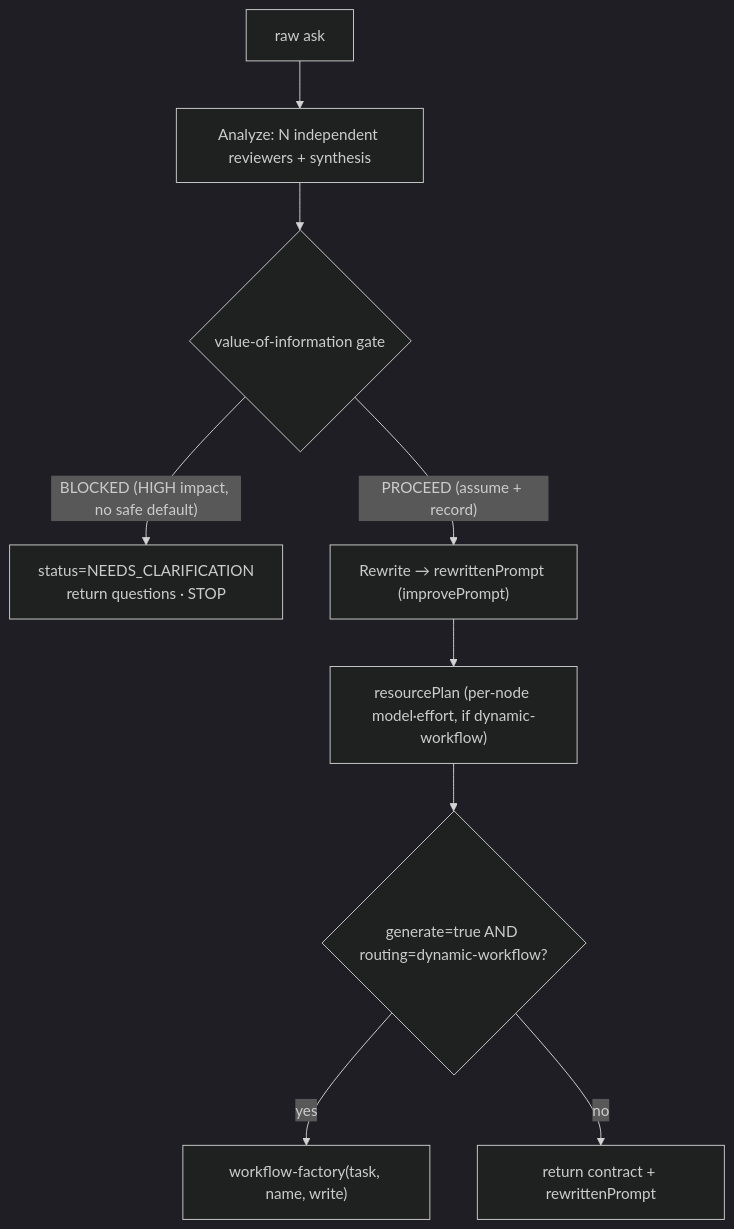
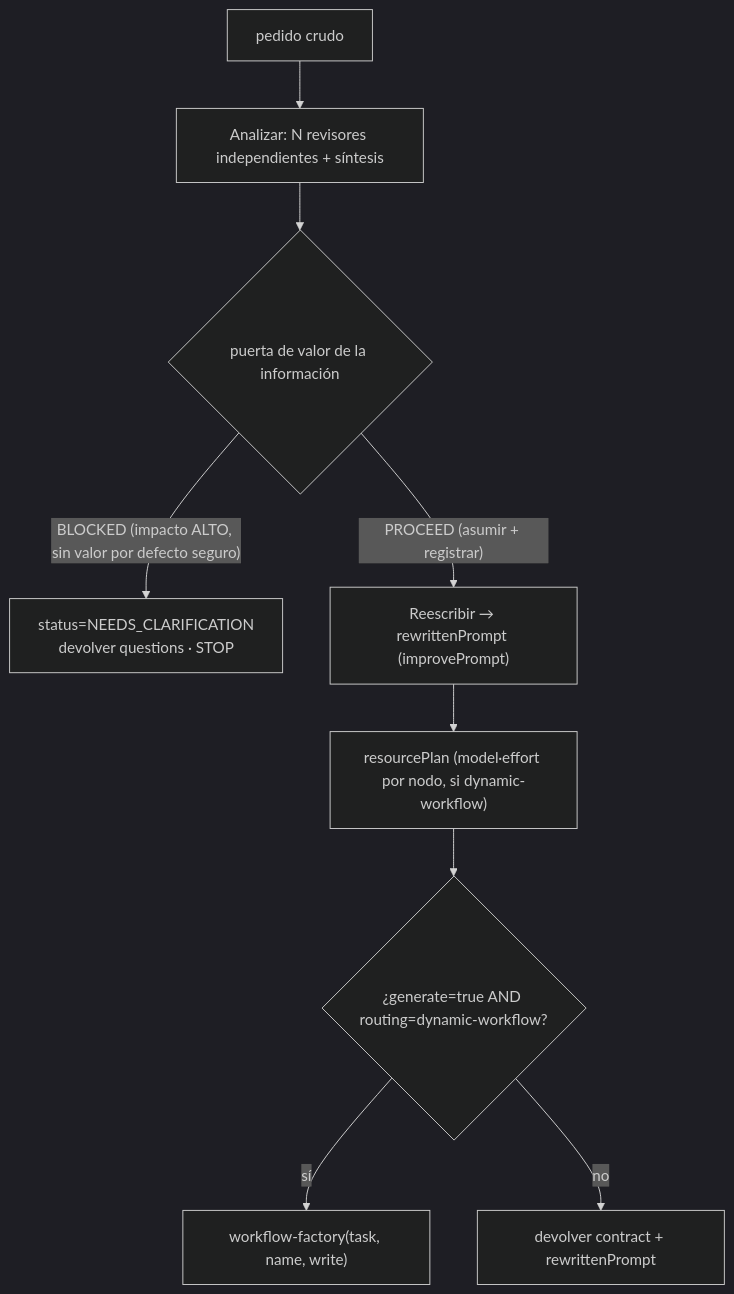
One commit to andrestobelem/pandi-extensions changed the third of 5 diagrams in .claude/skills/dynamic-workflows/reference/scaffold-catalog.md. Above: the diagram before and after it, drawn with Mermaid (dark theme). The commit also changed other lines of this file and 144 other files, not shown here.

````diff
--- a/.claude/skills/dynamic-workflows/reference/scaffold-catalog.md
+++ b/.claude/skills/dynamic-workflows/reference/scaffold-catalog.md
@@ -146,11 +146,11 @@
 ```mermaid
 flowchart TD
-  RAW["raw ask"] --> AN["Analyze: N independent reviewers + synthesis"]
-  AN --> GATE{"value-of-information gate"}
-  GATE -- "BLOCKED (HIGH impact, no safe default)" --> Q["status=NEEDS_CLARIFICATION\nreturn questions · STOP"]
-  GATE -- "PROCEED (assume + record)" --> RW["Rewrite → rewrittenPrompt (improvePrompt)"]
-  RW --> RP["resourcePlan (per-node model·effort, if dynamic-workflow)"]
-  RP --> HO{"generate=true AND routing=dynamic-workflow?"}
-  HO -- yes --> WF["workflow-factory(task, name, write)"]
-  HO -- no --> OUT["return contract + rewrittenPrompt"]
+  RAW["pedido crudo"] --> AN["Analizar: N revisores independientes + síntesis"]
+  AN --> GATE{"puerta de valor de la información"}
+  GATE -- "BLOCKED (impacto ALTO, sin valor por defecto seguro)" --> Q["status=NEEDS_CLARIFICATION\ndevolver questions · STOP"]
+  GATE -- "PROCEED (asumir + registrar)" --> RW["Reescribir → rewrittenPrompt (improvePrompt)"]
+  RW --> RP["resourcePlan (model·effort por nodo, si dynamic-workflow)"]
+  RP --> HO{"¿generate=true AND routing=dynamic-workflow?"}
+  HO -- sí --> WF["workflow-factory(task, name, write)"]
+  HO -- no --> OUT["devolver contract + rewrittenPrompt"]
 ```
````
